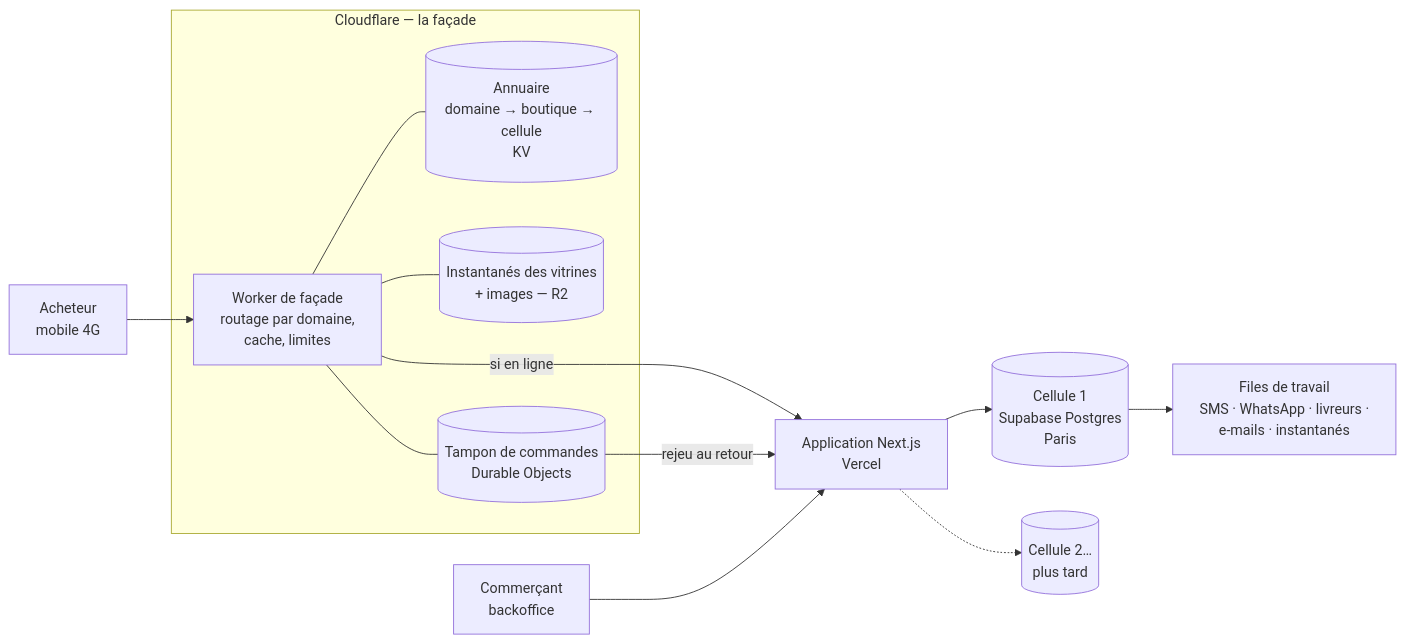
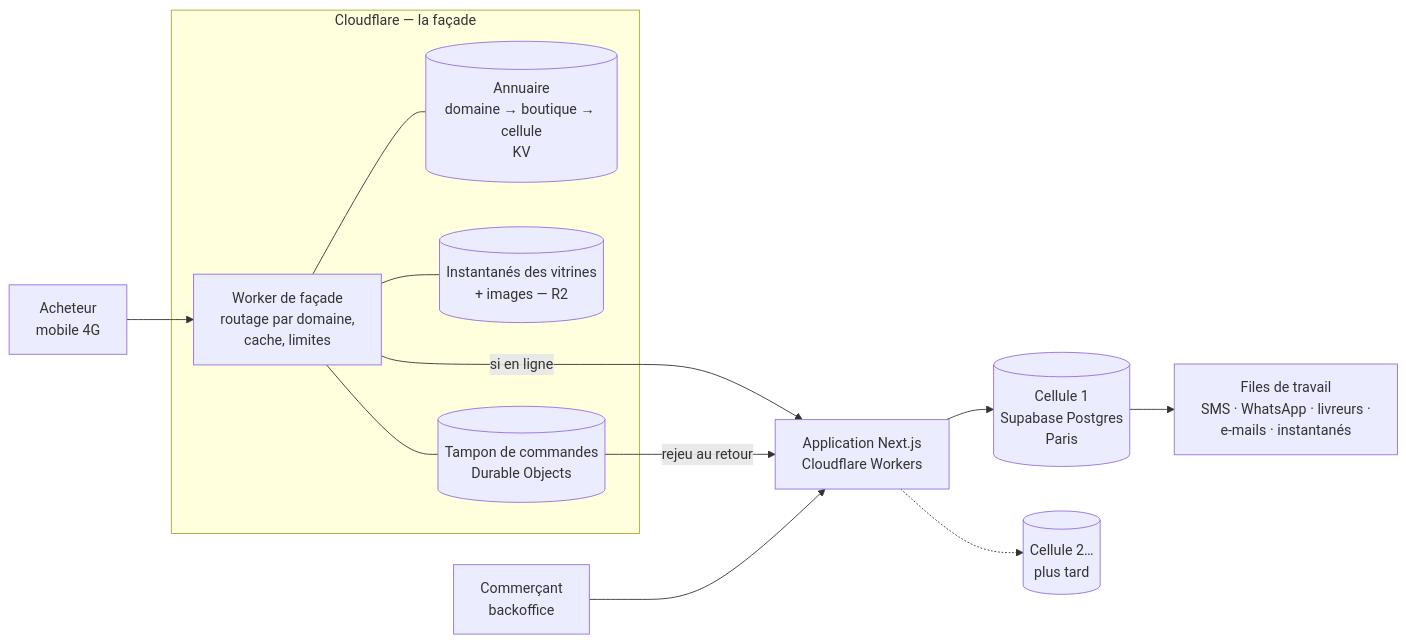
The diagram in docs/cadrage/02-infrastructure.md (saouthq/skanecom), drawn with Mermaid before and after one commit. The commit also changed other lines of this file and 1 other file, not shown here.

First line of the commit message:
Cadrage : hébergement tout Cloudflare + Supabase, domaine dédié aux vitrines, outils recommandés

````diff
--- a/docs/cadrage/02-infrastructure.md
+++ b/docs/cadrage/02-infrastructure.md
@@ -90,19 +90,19 @@
 ```mermaid
 flowchart LR
   A[Acheteur<br/>mobile 4G] --> F
   subgraph CF[Cloudflare — la façade]
     F[Worker de façade<br/>routage par domaine,<br/>cache, limites]
     K[(Annuaire<br/>domaine → boutique → cellule<br/>KV)]
     R[(Instantanés des vitrines<br/>+ images — R2)]
     Q[(Tampon de commandes<br/>Durable Objects)]
     F --- K
     F --- R
     F --- Q
   end
-  F -->|si en ligne| V[Application Next.js<br/>Vercel]
+  F -->|si en ligne| V[Application Next.js<br/>Cloudflare Workers]
   V --> S1[(Cellule 1<br/>Supabase Postgres<br/>Paris)]
   V -.-> S2[(Cellule 2…<br/>plus tard)]
   S1 --> O[Files de travail<br/>SMS · WhatsApp · livreurs ·<br/>e-mails · instantanés]
   Q -->|rejeu au retour| V
   M[Commerçant<br/>backoffice] --> V
 ```
````
